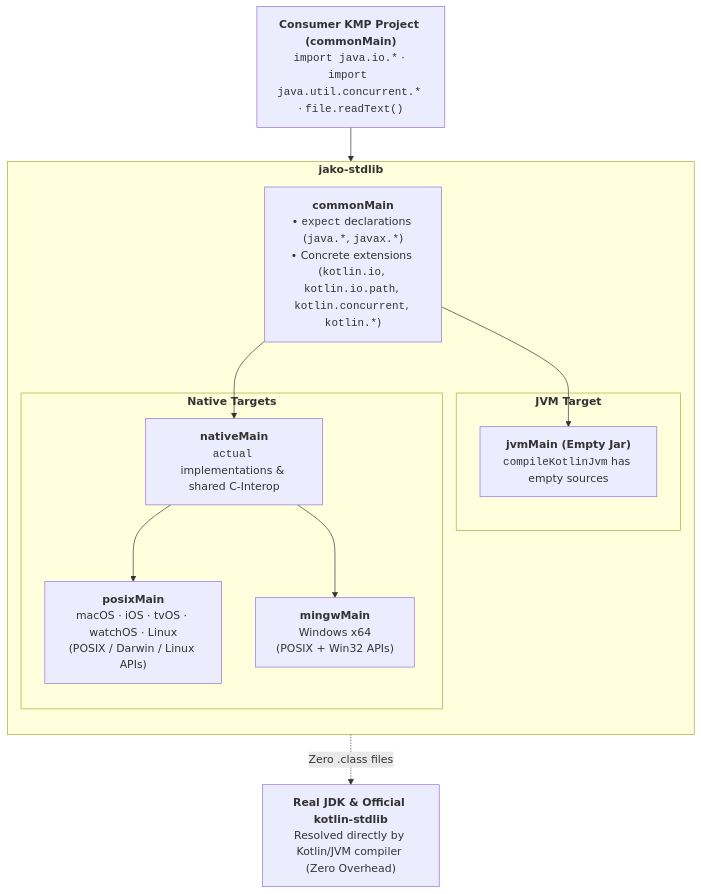
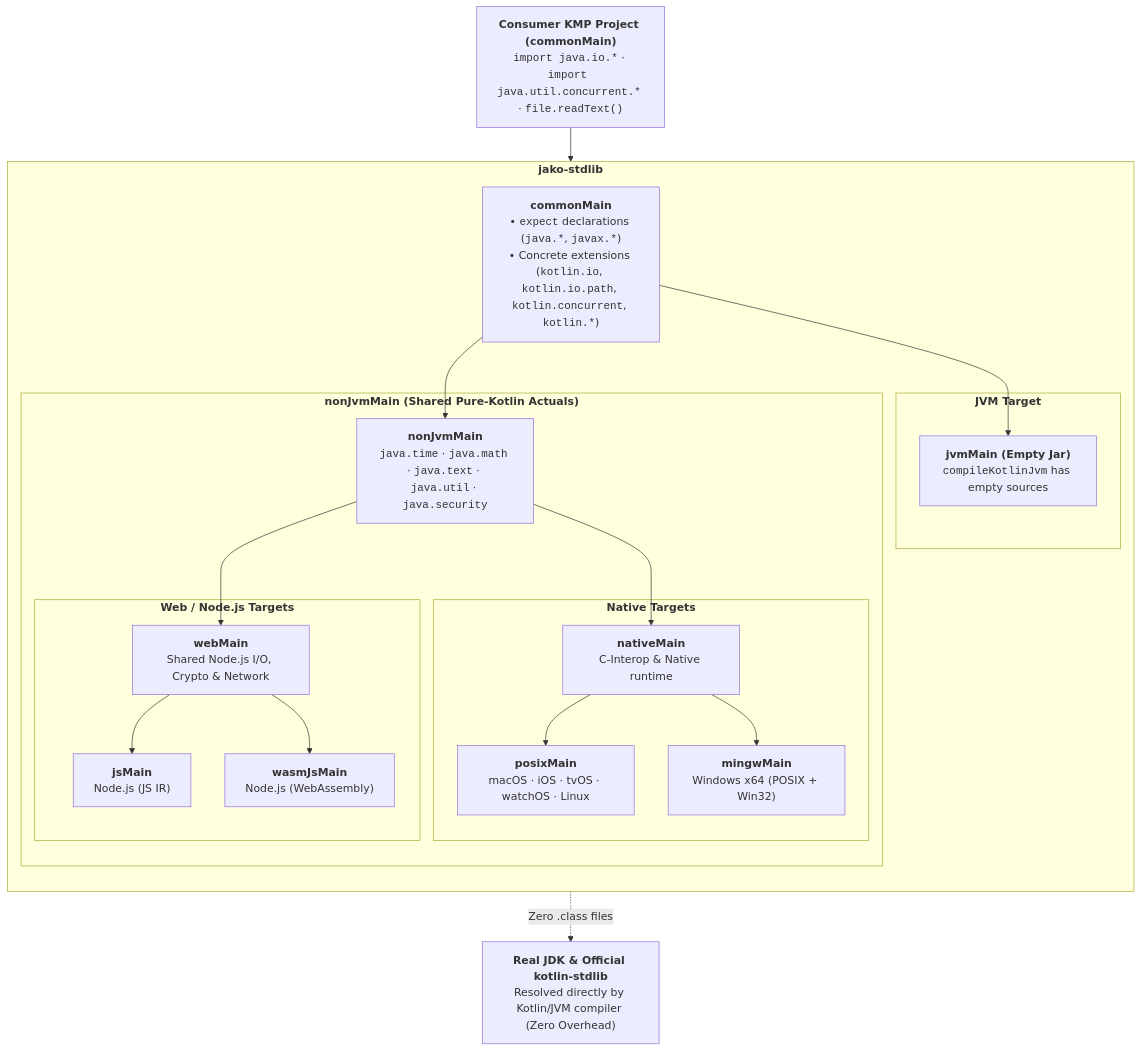
Before and after one commit to jako-projects/jako: the diagram in README.md, drawn with Mermaid. The commit also changed other lines of this file and 770 other files, not shown here.

Commit message:
feat: add Node.js (jsMain & wasmJsMain) support with nonJvmMain shared source set and real OS I/O

````diff
--- a/README.md
+++ b/README.md
@@ -146,29 +148,44 @@
 ```mermaid
 flowchart TB
     Consumer["<b>Consumer KMP Project (commonMain)</b><br/><code>import java.io.*</code> · <code>import java.util.concurrent.*</code> · <code>file.readText()</code>"]
 
     subgraph JakoStdlib["<b>jako-stdlib</b>"]
         direction TB
         Common["<b>commonMain</b><br/>• <code>expect</code> declarations (<code>java.*</code>, <code>javax.*</code>)<br/>• Concrete extensions (<code>kotlin.io</code>, <code>kotlin.io.path</code>, <code>kotlin.concurrent</code>, <code>kotlin.*</code>)"]
 
         subgraph JvmSide["<b>JVM Target</b>"]
             JvmMain["<b>jvmMain (Empty Jar)</b><br/><code>compileKotlinJvm</code> has empty sources"]
         end
 
-        subgraph NativeSide["<b>Native Targets</b>"]
-            NativeMain["<b>nativeMain</b><br/><code>actual</code> implementations & shared C-Interop"]
-            PosixMain["<b>posixMain</b><br/>macOS · iOS · tvOS · watchOS · Linux<br/>(POSIX / Darwin / Linux APIs)"]
-            MingwMain["<b>mingwMain</b><br/>Windows x64<br/>(POSIX + Win32 APIs)"]
-            NativeMain --> PosixMain
-            NativeMain --> MingwMain
+        subgraph NonJvmSide["<b>nonJvmMain (Shared Pure-Kotlin Actuals)</b>"]
+            NonJvmMain["<b>nonJvmMain</b><br/><code>java.time</code> · <code>java.math</code> · <code>java.text</code> · <code>java.util</code> · <code>java.security</code>"]
+
+            subgraph NativeSide["<b>Native Targets</b>"]
+                NativeMain["<b>nativeMain</b><br/>C-Interop & Native runtime"]
+                PosixMain["<b>posixMain</b><br/>macOS · iOS · tvOS · watchOS · Linux"]
+                MingwMain["<b>mingwMain</b><br/>Windows x64 (POSIX + Win32)"]
+                NativeMain --> PosixMain
+                NativeMain --> MingwMain
+            end
+
+            subgraph WebSide["<b>Web / Node.js Targets</b>"]
+                WebMain["<b>webMain</b><br/>Shared Node.js I/O, Crypto & Network"]
+                JsMain["<b>jsMain</b><br/>Node.js (JS IR)"]
+                WasmJsMain["<b>wasmJsMain</b><br/>Node.js (WebAssembly)"]
+                WebMain --> JsMain
+                WebMain --> WasmJsMain
+            end
+
+            NonJvmMain --> NativeMain
+            NonJvmMain --> WebMain
         end
 
         Common --> JvmMain
-        Common --> NativeMain
+        Common --> NonJvmMain
     end
 
     Jdk["<b>Real JDK & Official kotlin-stdlib</b><br/>Resolved directly by Kotlin/JVM compiler (Zero Overhead)"]
 
     Consumer --> Common
     JvmMain -. "Zero .class files" .-> Jdk
 ```
````
